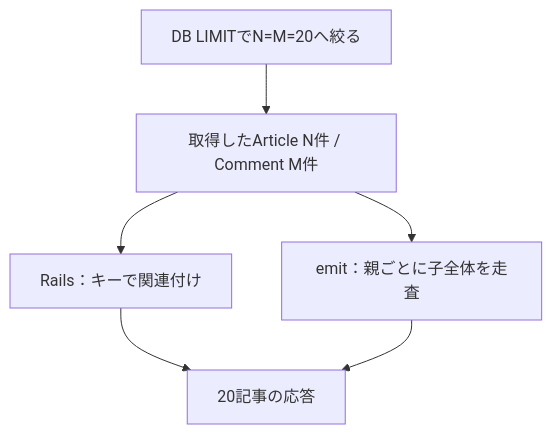
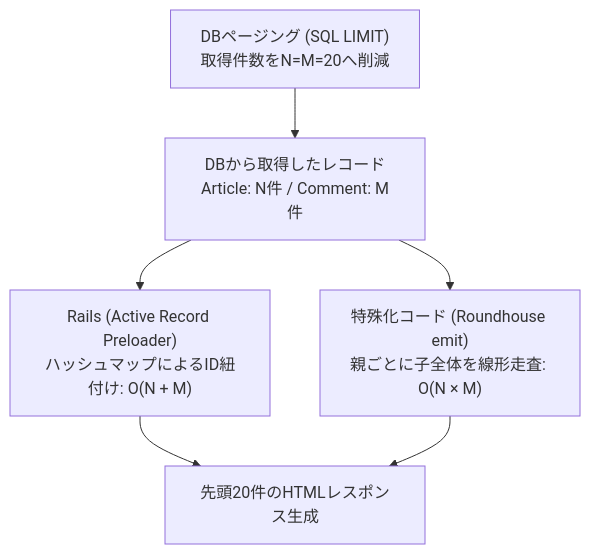
The second of 2 diagrams in docs/roundhouse-rails-jit-aot-report.md (koduki/example-rails-aot), drawn with Mermaid before and after one commit. The commit also changed other lines of this file and 3 other files, not shown here.

````diff
--- a/docs/roundhouse-rails-jit-aot-report.md
+++ b/docs/roundhouse-rails-jit-aot-report.md
@@ -277,8 +283,8 @@
 ```mermaid
 flowchart TD
-  A["取得したArticle N件 / Comment M件"] --> R["Rails：キーで関連付け"]
-  A --> E["emit：親ごとに子全体を走査"]
-  R --> O["20記事の応答"]
+  A["DBから取得したレコード<br/>Article: N件 / Comment: M件"] --> R["Rails (Active Record Preloader)<br/>ハッシュマップによるID紐付け: O(N + M)"]
+  A --> E["特殊化コード (Roundhouse emit)<br/>親ごとに子全体を線形走査: O(N × M)"]
+  R --> O["先頭20件のHTMLレスポンス生成"]
   E --> O
-  D["DB LIMITでN=M=20へ絞る"] --> A
+  D["DBページング (SQL LIMIT)<br/>取得件数をN=M=20へ削減"] --> A
 ```
````
